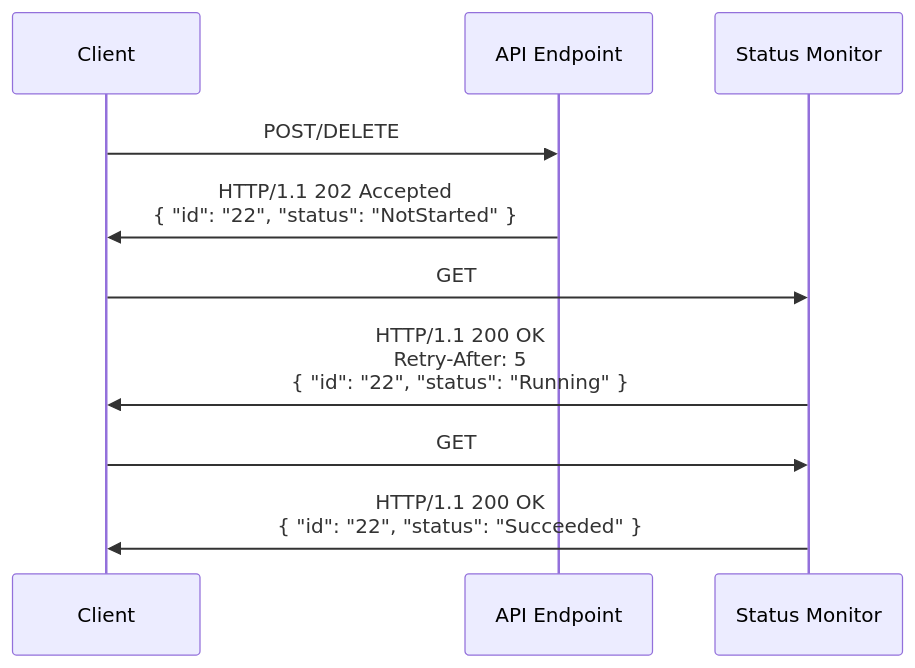
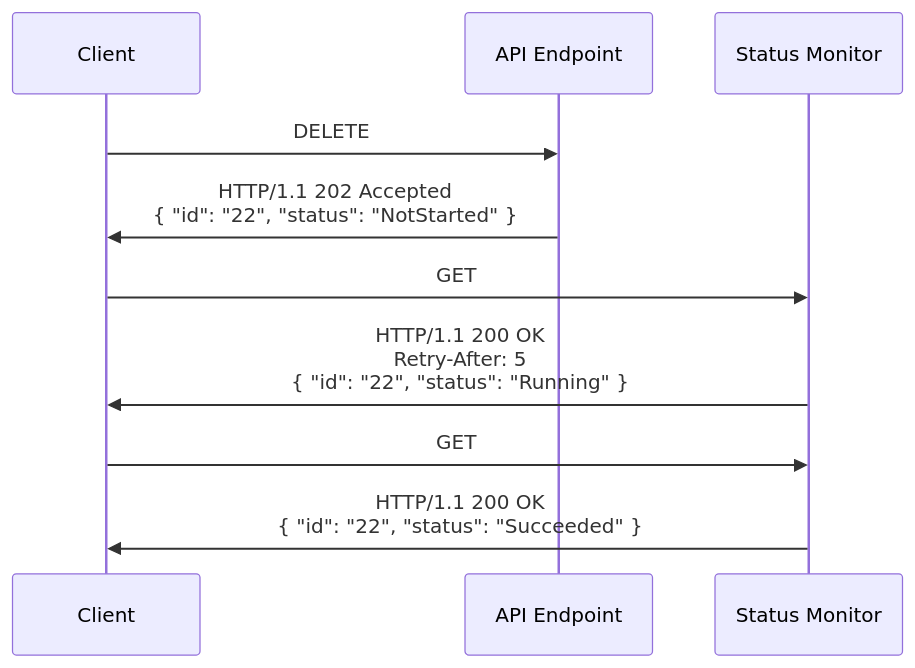
One commit to microsoft/api-guidelines changed the first of 2 diagrams in azure/ConsiderationsForServiceDesign.md. Above: the diagram before and after it, drawn with Mermaid. The commit also changed other lines of this file and 1 other file, not shown here.

````diff
--- a/azure/ConsiderationsForServiceDesign.md
+++ b/azure/ConsiderationsForServiceDesign.md
@@ -240,12 +315,12 @@
 ```mermaid
 sequenceDiagram
     participant Client
     participant API Endpoint
     participant Status Monitor
-    Client->>API Endpoint: POST/DELETE
+    Client->>API Endpoint: DELETE
     API Endpoint->>Client: HTTP/1.1 202 Accepted<br/>{ "id": "22", "status": "NotStarted" }
     Client->>Status Monitor: GET
     Status Monitor->>Client: HTTP/1.1 200 OK<br/>Retry-After: 5<br/>{ "id": "22", "status": "Running" }
     Client->>Status Monitor: GET
     Status Monitor->>Client: HTTP/1.1 200 OK<br/>{ "id": "22", "status": "Succeeded" }
 ```
````
